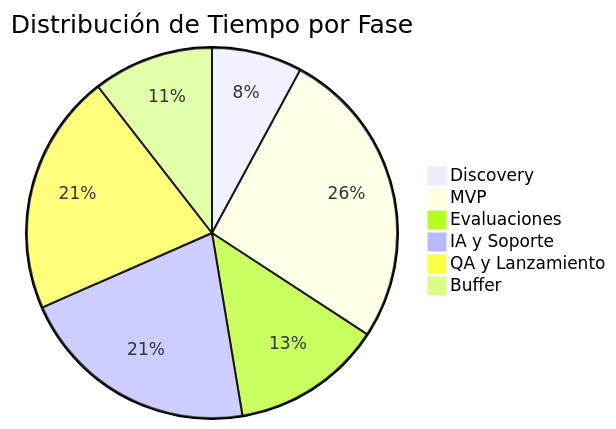
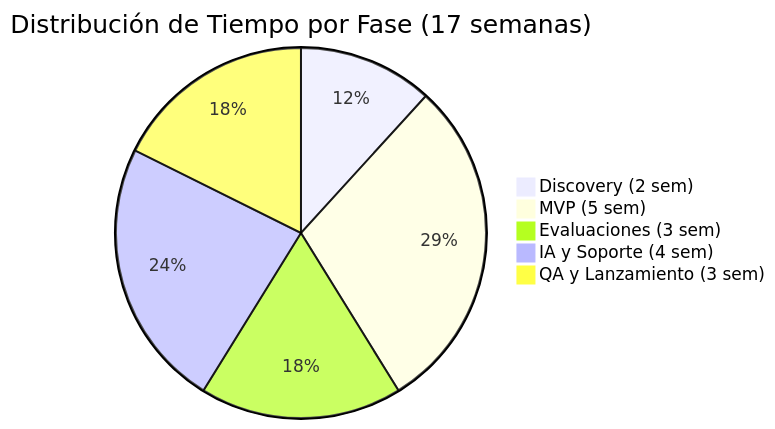
One commit to erikaluciafuertes/Project-Proposals changed the ninth of 9 diagrams in whatsApp-learning/roadmap.md. Above: the diagram before and after it, drawn with Mermaid. The commit also changed other lines of this file, not shown here.

Commit message:
feat: Update roadmap with 17-week duration, add milestones, team requirements, and detailed phase breakdowns.

````diff
--- a/whatsApp-learning/roadmap.md
+++ b/whatsApp-learning/roadmap.md
@@ -270,9 +380,8 @@
 ```mermaid
-pie title Distribución de Tiempo por Fase
-    "Discovery" : 1.5
-    "MVP" : 5
-    "Evaluaciones" : 2.5
-    "IA y Soporte" : 4
-    "QA y Lanzamiento" : 4
-    "Buffer" : 2
+pie title Distribución de Tiempo por Fase (17 semanas)
+    "Discovery (2 sem)" : 2
+    "MVP (5 sem)" : 5
+    "Evaluaciones (3 sem)" : 3
+    "IA y Soporte (4 sem)" : 4
+    "QA y Lanzamiento (3 sem)" : 3
 ```
````
